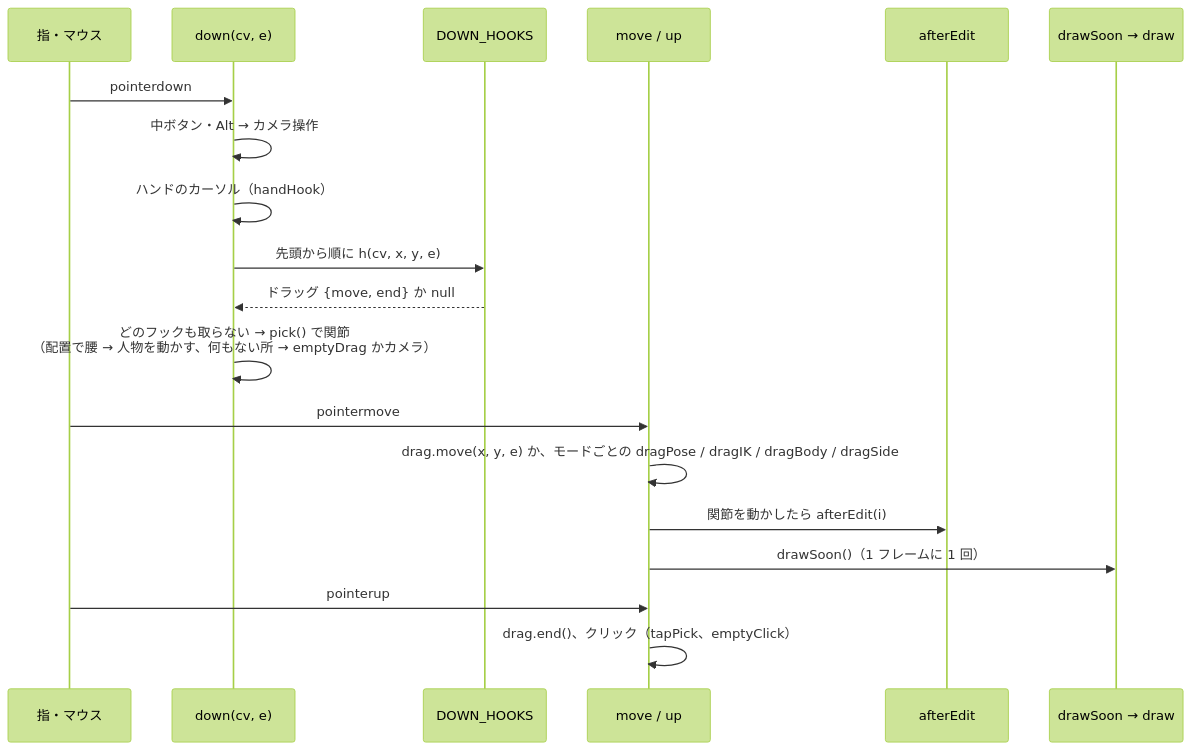
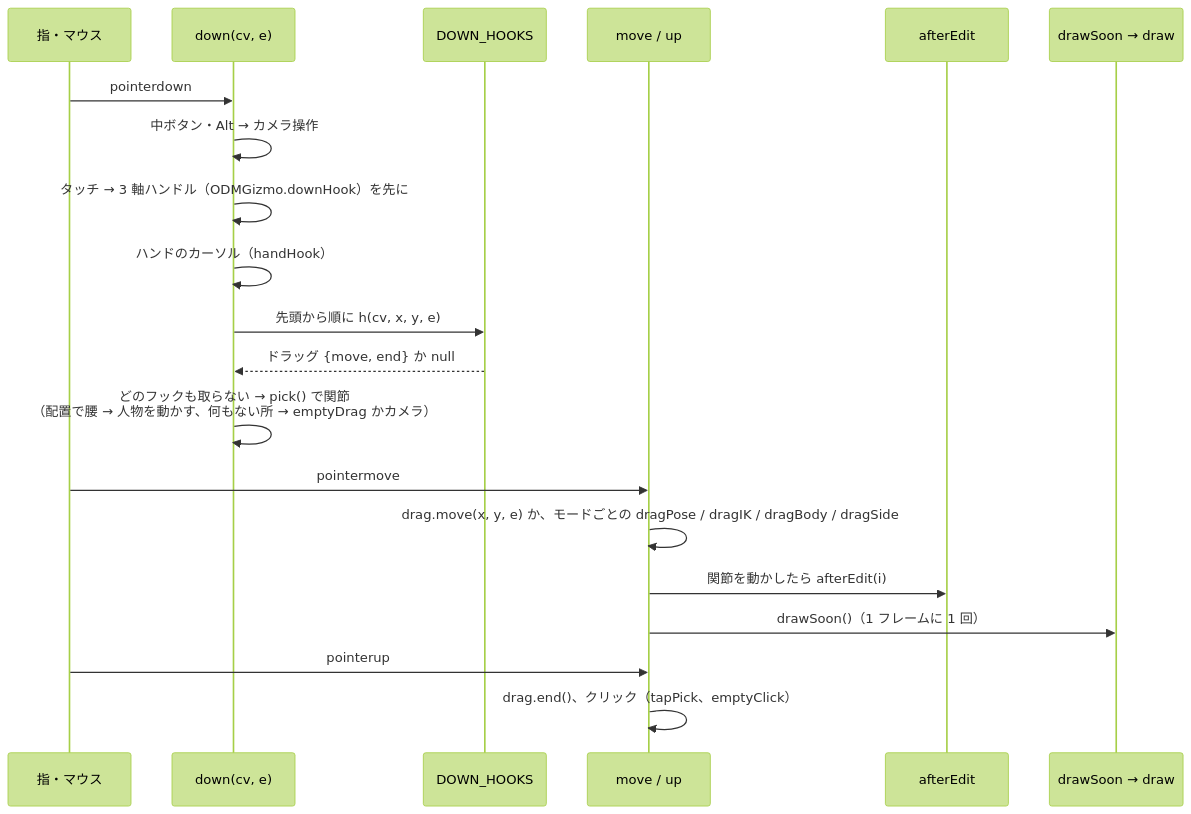
The third of 6 diagrams in docs/ARCHITECTURE-JA.md (qwaxgo/ODM-Poser), drawn with Mermaid (forest theme) before and after one commit. The commit also changed other lines of this file and 4 other files, not shown here.

````diff
--- a/docs/ARCHITECTURE-JA.md
+++ b/docs/ARCHITECTURE-JA.md
@@ -357,21 +357,22 @@
 ```mermaid
 sequenceDiagram
   participant U as 指・マウス
   participant D as down(cv, e)
   participant H as DOWN_HOOKS
   participant M as move / up
   participant E as afterEdit
   participant R as drawSoon → draw
   U->>D: pointerdown
   D->>D: 中ボタン・Alt → カメラ操作
+  D->>D: タッチ → 3 軸ハンドル（ODMGizmo.downHook）を先に
   D->>D: ハンドのカーソル（handHook）
   D->>H: 先頭から順に h(cv, x, y, e)
   H-->>D: ドラッグ {move, end} か null
   D->>D: どのフックも取らない → pick() で関節<br/>（配置で腰 → 人物を動かす、何もない所 → emptyDrag かカメラ）
   U->>M: pointermove
   M->>M: drag.move(x, y, e) か、モードごとの dragPose / dragIK / dragBody / dragSide
   M->>E: 関節を動かしたら afterEdit(i)
   M->>R: drawSoon()（1 フレームに 1 回）
   U->>M: pointerup
   M->>M: drag.end()、クリック（tapPick、emptyClick）
 ```
````
